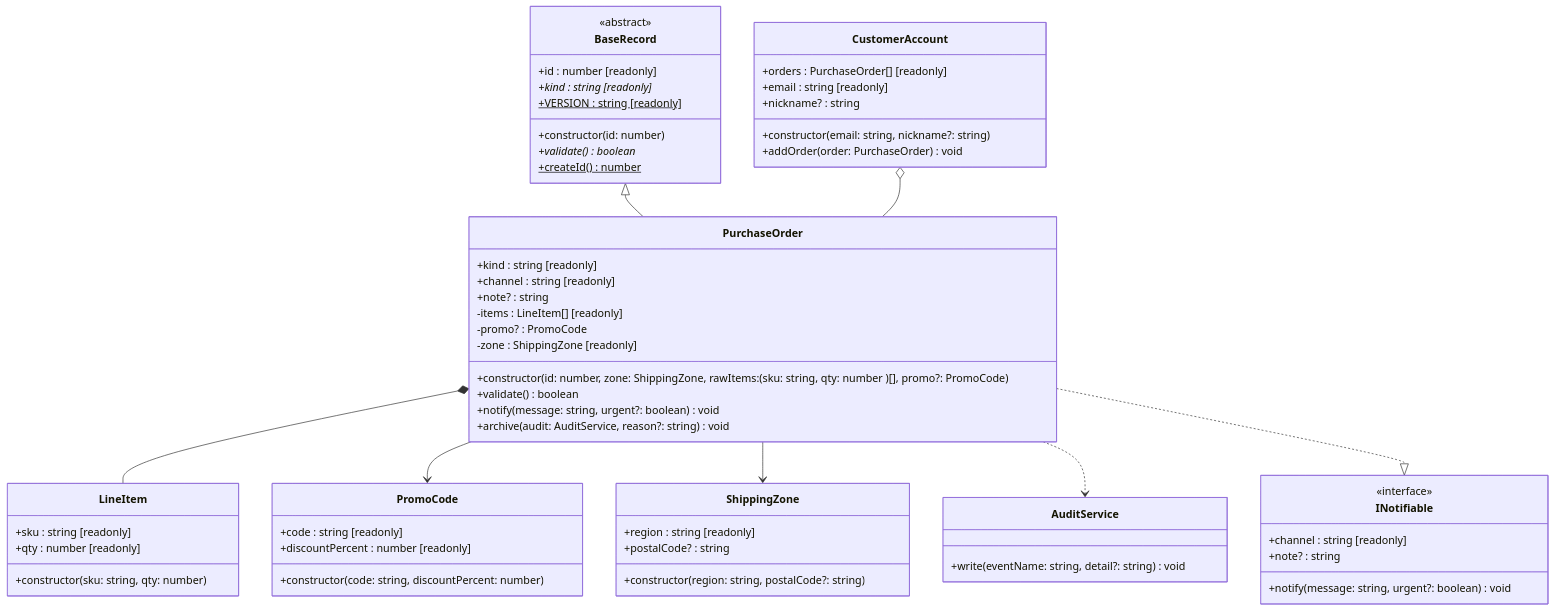
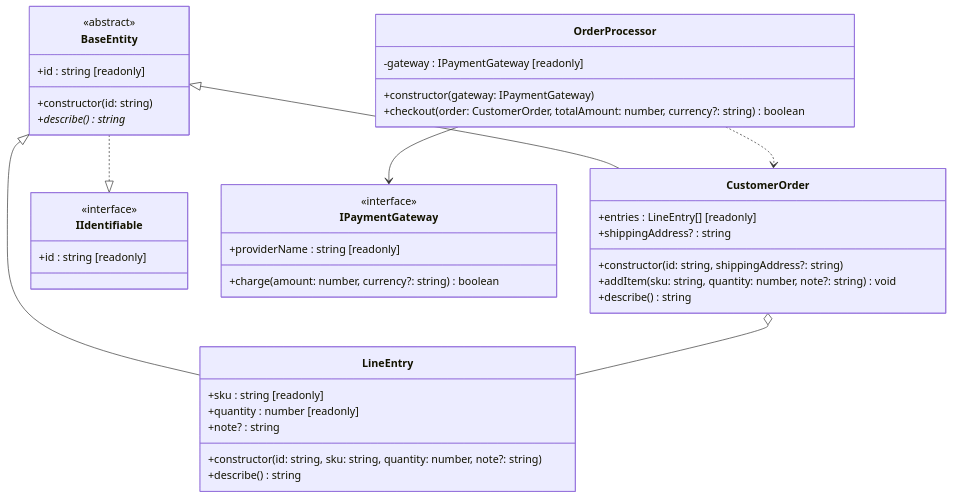
The diagram in diagram.md (prashchukdanylo-stack/RGR_OOP), drawn with Mermaid before and after one commit. The commit also changed 7 other files, not shown here.

````diff
--- a/diagram.md
+++ b/diagram.md
@@ -1,70 +1,49 @@
 ```mermaid
 classDiagram
-    class AuditService {
-        +write(eventName: string, detail?: string) void
+    class BaseEntity {
+        <<abstract>>
+        +id : string [readonly]
+        +constructor(id: string)
+        +describe() string*
     }
 
-    class ShippingZone {
-        +region : string [readonly]
-        +postalCode? : string
-        +constructor(region: string, postalCode?: string)
+    class LineEntry {
+        +sku : string [readonly]
+        +quantity : number [readonly]
+        +note? : string
+        +constructor(id: string, sku: string, quantity: number, note?: string)
+        +describe() string
     }
 
-    class PromoCode {
-        +code : string [readonly]
-        +discountPercent : number [readonly]
-        +constructor(code: string, discountPercent: number)
+    class CustomerOrder {
+        +entries : LineEntry[] [readonly]
+        +shippingAddress? : string
+        +constructor(id: string, shippingAddress?: string)
+        +addItem(sku: string, quantity: number, note?: string) void
+        +describe() string
     }
 
-    class LineItem {
-        +sku : string [readonly]
-        +qty : number [readonly]
-        +constructor(sku: string, qty: number)
+    class OrderProcessor {
+        -gateway : IPaymentGateway [readonly]
+        +constructor(gateway: IPaymentGateway)
+        +checkout(order: CustomerOrder, totalAmount: number, currency?: string) boolean
     }
 
-    class BaseRecord {
-        <<abstract>>
-        +id : number [readonly]
-        +kind : string [readonly]*
-        +VERSION : string [readonly]$
-        +constructor(id: number)
-        +validate() boolean*
-        +createId() number$
+    class IIdentifiable {
+        <<interface>>
+        +id : string [readonly]
     }
 
-    class PurchaseOrder {
-        +kind : string [readonly]
-        +channel : string [readonly]
-        +note? : string
-        -items : LineItem[] [readonly]
-        -promo? : PromoCode
-        -zone : ShippingZone [readonly]
-        +constructor(id: number, zone: ShippingZone, rawItems: ( sku: string, qty: number )[], promo?: PromoCode)
-        +validate() boolean
-        +notify(message: string, urgent?: boolean) void
-        +archive(audit: AuditService, reason?: string) void
+    class IPaymentGateway {
+        <<interface>>
+        +providerName : string [readonly]
+        +charge(amount: number, currency?: string) boolean
     }
 
-    class CustomerAccount {
-        +orders : PurchaseOrder[] [readonly]
-        +email : string [readonly]
-        +nickname? : string
-        +constructor(email: string, nickname?: string)
-        +addOrder(order: PurchaseOrder) void
-    }
-
-    class INotifiable {
-        <<interface>>
-        +channel : string [readonly]
-        +note? : string
-        +notify(message: string, urgent?: boolean) void
-    }
-
-    BaseRecord <|-- PurchaseOrder
-    PurchaseOrder *-- LineItem
-    PurchaseOrder --> PromoCode
-    PurchaseOrder --> ShippingZone
-    PurchaseOrder ..> AuditService
-    PurchaseOrder ..|> INotifiable
-    CustomerAccount o-- PurchaseOrder
+    BaseEntity ..|> IIdentifiable
+    BaseEntity <|-- LineEntry
+    BaseEntity <|-- CustomerOrder
+    CustomerOrder o-- LineEntry
+    OrderProcessor --> IPaymentGateway
+    OrderProcessor ..> CustomerOrder
 ```
````
